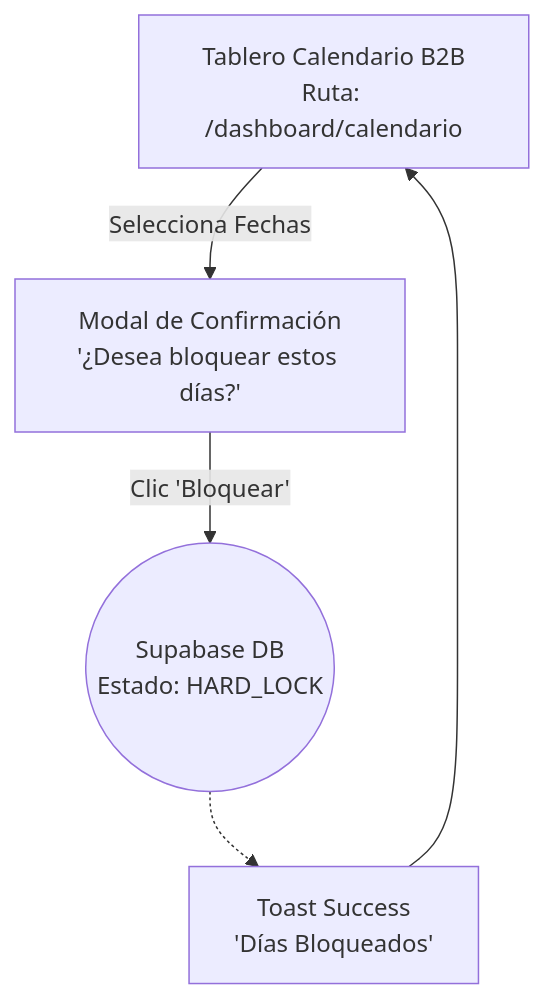
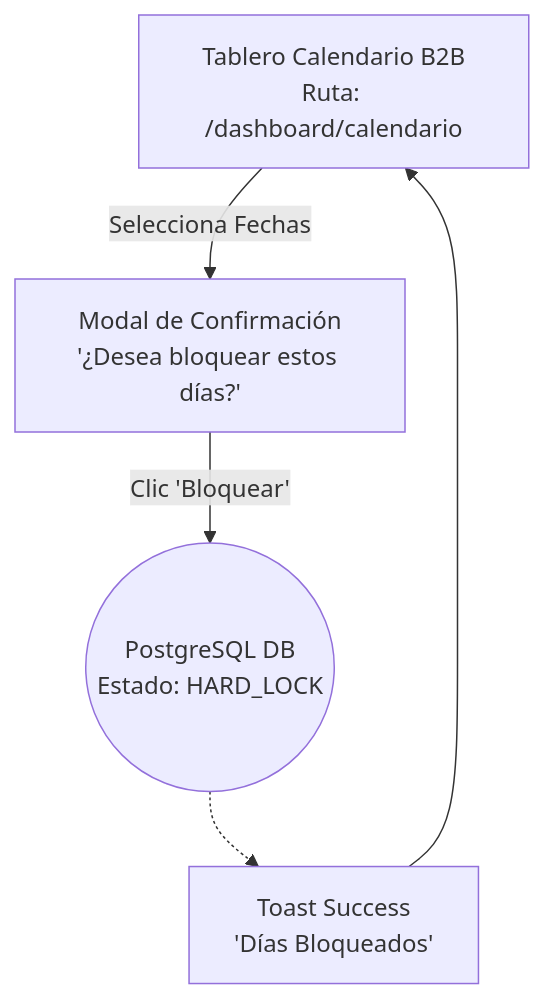
One commit to camilolayos54-dotcom/NosFuimosdeFinca changed the first of 2 diagrams in docs/04-system-modeling/02.User_Flows_Task_Flows/modules/MOD-CAL_flows.md. Above: the diagram before and after it, drawn with Mermaid. The commit also changed other lines of this file and 38 other files, not shown here.

````diff
--- a/docs/04-system-modeling/02.User_Flows_Task_Flows/modules/MOD-CAL_flows.md
+++ b/docs/04-system-modeling/02.User_Flows_Task_Flows/modules/MOD-CAL_flows.md
@@ -37,17 +37,17 @@
 ```mermaid
 flowchart TD
     %% Nodos UI
     DashboardUI[Tablero Calendario B2B<br>Ruta: /dashboard/calendario]
     ConfirmModalUI[Modal de Confirmación<br>'¿Desea bloquear estos días?']
     ToastUI[Toast Success<br>'Días Bloqueados']
     
     %% Nodos Asíncronos
-    DB((Supabase DB<br>Estado: HARD_LOCK))
+    DB((PostgreSQL DB<br>Estado: HARD_LOCK))
     
     %% Flujo Administrativo
     DashboardUI --> |Selecciona Fechas| ConfirmModalUI
     ConfirmModalUI --> |Clic 'Bloquear'| DB
     
     DB -.-> ToastUI
     ToastUI --> DashboardUI
 ```
````
